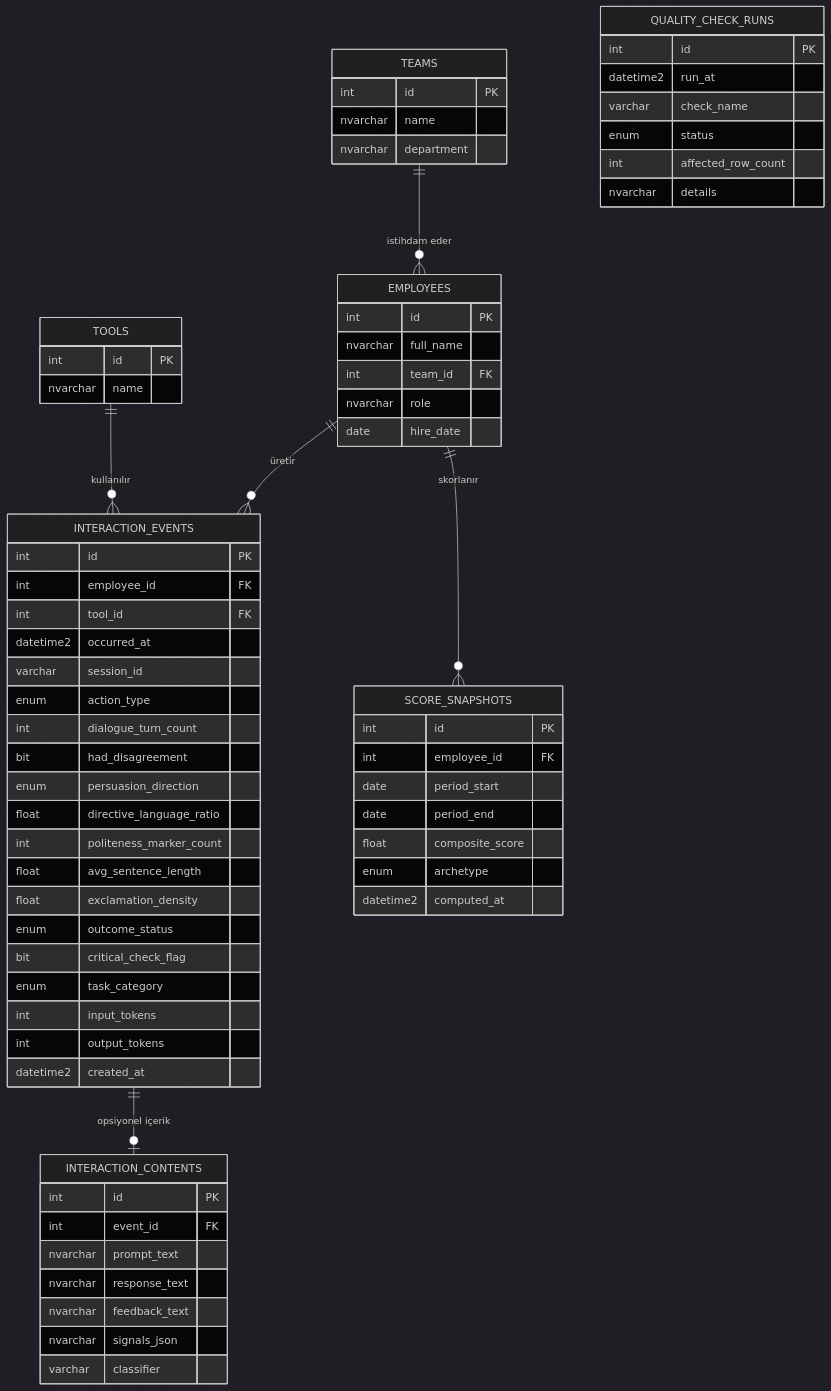
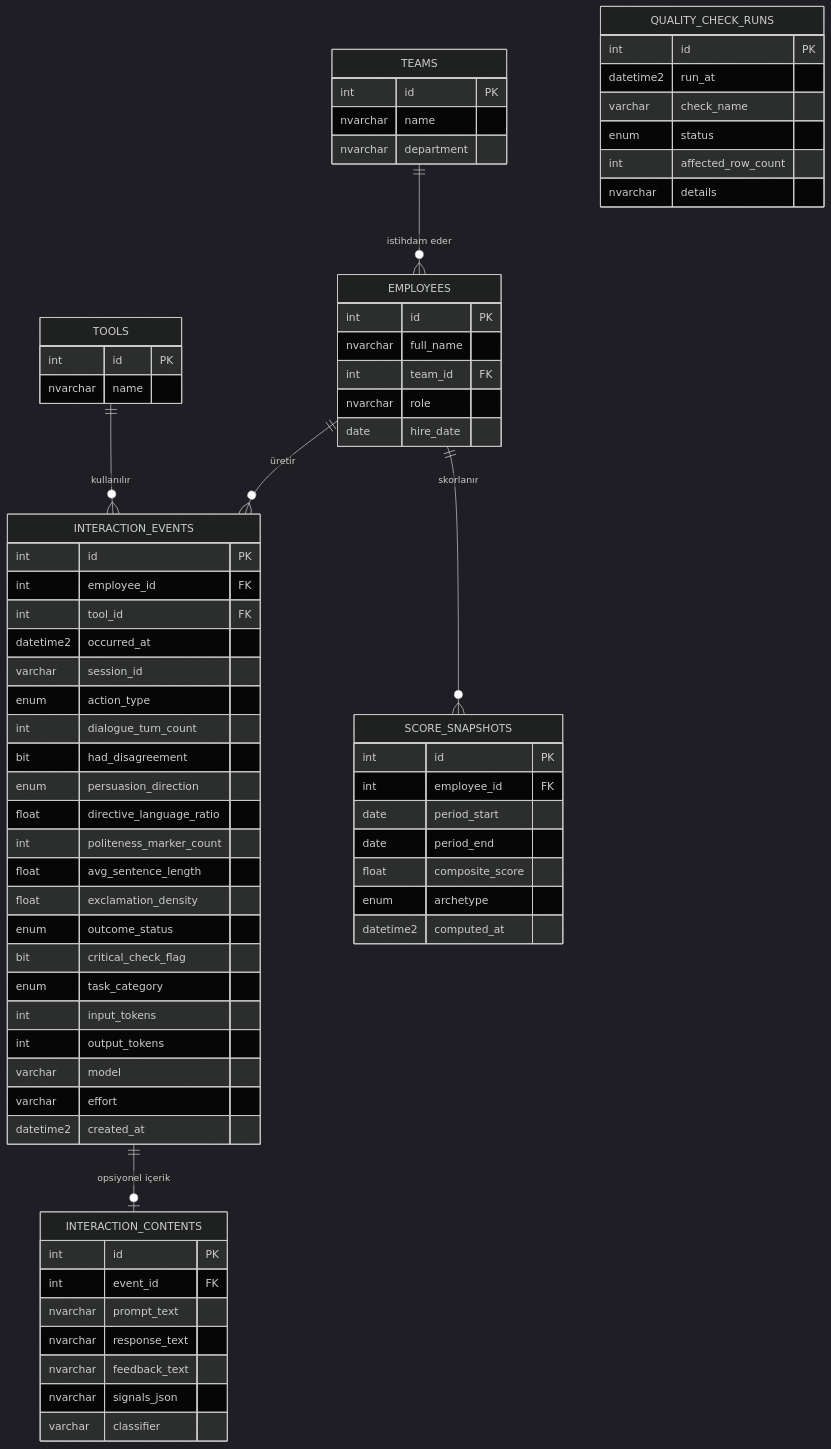
The diagram in docs/data_dictionary.md (BurakOnce/CoWorkIndex), drawn with Mermaid (dark theme) before and after one commit. The commit also changed other lines of this file and 20 other files, not shown here.

````diff
--- a/docs/data_dictionary.md
+++ b/docs/data_dictionary.md
@@ -17,72 +17,74 @@
 ```mermaid
 erDiagram
     TEAMS ||--o{ EMPLOYEES : "istihdam eder"
     EMPLOYEES ||--o{ INTERACTION_EVENTS : "üretir"
     TOOLS ||--o{ INTERACTION_EVENTS : "kullanılır"
     EMPLOYEES ||--o{ SCORE_SNAPSHOTS : "skorlanır"
     INTERACTION_EVENTS ||--o| INTERACTION_CONTENTS : "opsiyonel içerik"
 
     TEAMS {
         int id PK
         nvarchar name
         nvarchar department
     }
     EMPLOYEES {
         int id PK
         nvarchar full_name
         int team_id FK
         nvarchar role
         date hire_date
     }
     TOOLS {
         int id PK
         nvarchar name
     }
     INTERACTION_EVENTS {
         int id PK
         int employee_id FK
         int tool_id FK
         datetime2 occurred_at
         varchar session_id
         enum action_type
         int dialogue_turn_count
         bit had_disagreement
         enum persuasion_direction
         float directive_language_ratio
         int politeness_marker_count
         float avg_sentence_length
         float exclamation_density
         enum outcome_status
         bit critical_check_flag
         enum task_category
         int input_tokens
         int output_tokens
+        varchar model
+        varchar effort
         datetime2 created_at
     }
     SCORE_SNAPSHOTS {
         int id PK
         int employee_id FK
         date period_start
         date period_end
         float composite_score
         enum archetype
         datetime2 computed_at
     }
     INTERACTION_CONTENTS {
         int id PK
         int event_id FK
         nvarchar prompt_text
         nvarchar response_text
         nvarchar feedback_text
         nvarchar signals_json
         varchar classifier
     }
     QUALITY_CHECK_RUNS {
         int id PK
         datetime2 run_at
         varchar check_name
         enum status
         int affected_row_count
         nvarchar details
     }
 ```
````
